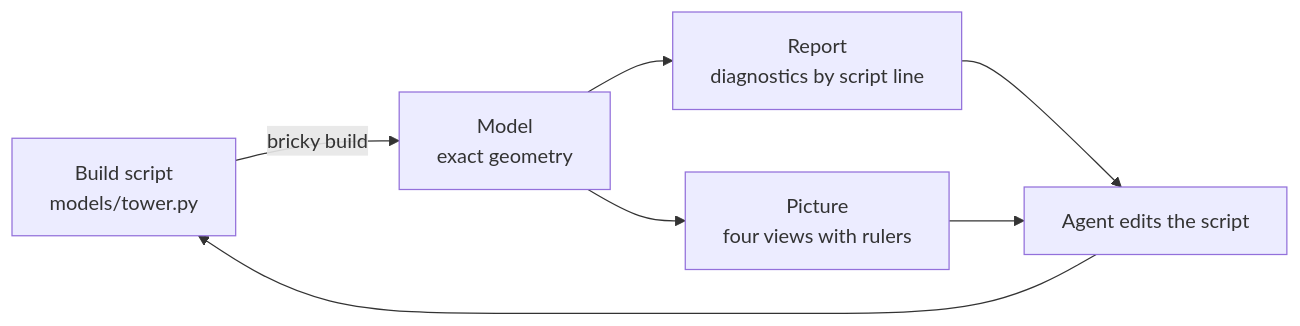
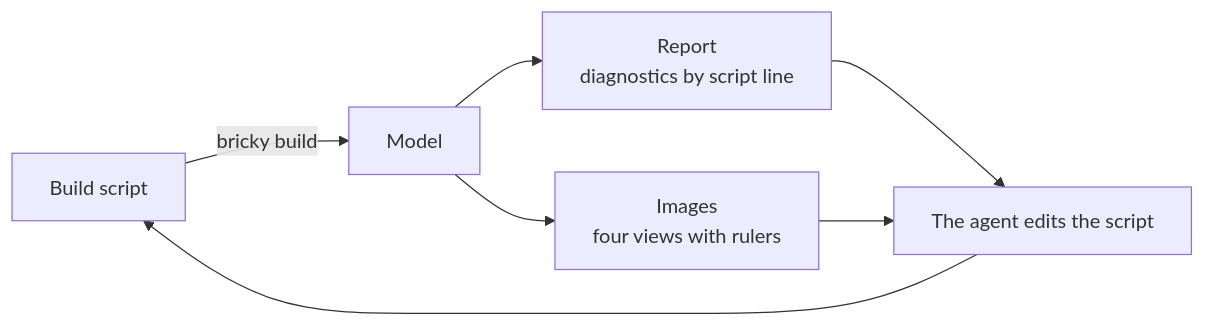
One commit to maxencefaldor/bricky changed the diagram in docs/index.md. Above: the diagram before and after it, drawn with Mermaid. The commit also changed other lines of this file and 93 other files, not shown here.

````diff
--- a/docs/index.md
+++ b/docs/index.md
@@ -18,9 +33,9 @@
 ```mermaid
 flowchart LR
-    script["Build script<br/>models/tower.py"] -->|bricky build| model["Model<br/>exact geometry"]
+    script["Build script"] -->|bricky build| model["Model"]
     model --> report["Report<br/>diagnostics by script line"]
-    model --> picture["Picture<br/>four views with rulers"]
-    report --> fix["Agent edits the script"]
-    picture --> fix
+    model --> image["Images<br/>four views with rulers"]
+    report --> fix["The agent edits the script"]
+    image --> fix
     fix --> script
 ```
````
